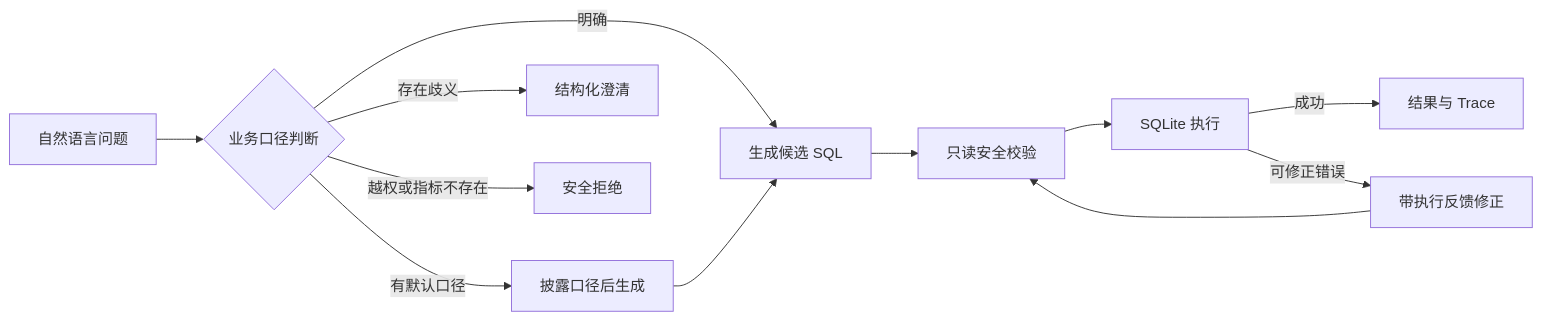
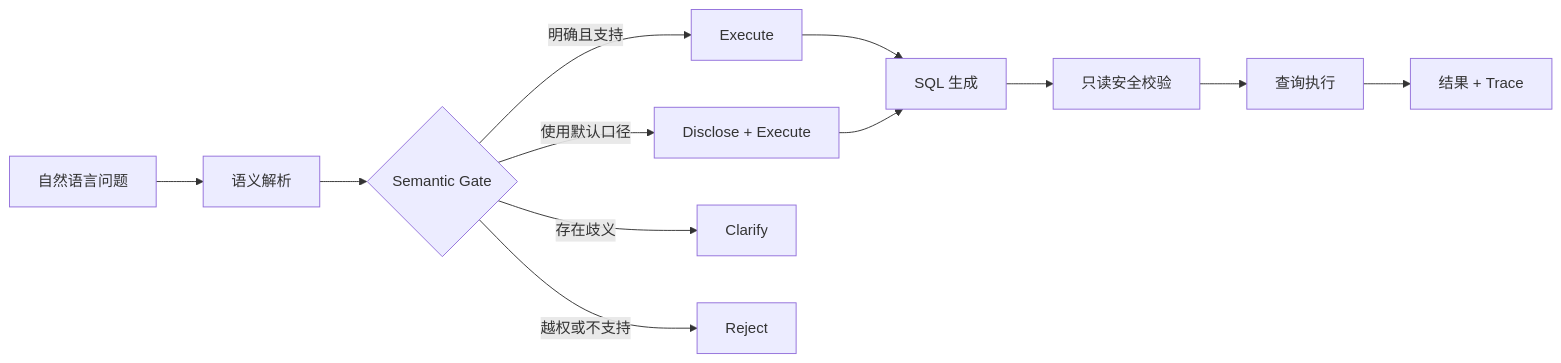
One commit to hzdzx2003-ai/DataQuery-Agent changed the diagram in README.md. Above: the diagram before and after it, drawn with Mermaid. The commit also changed other lines of this file and 1 other file, not shown here.

````diff
--- a/README.md
+++ b/README.md
@@ -11,14 +23,14 @@
 ```mermaid
 flowchart LR
-    Q[自然语言问题] --> R{业务口径判断}
-    R -->|明确| G[生成候选 SQL]
-    R -->|有默认口径| D[披露口径后生成]
-    R -->|存在歧义| C[结构化澄清]
-    R -->|越权或指标不存在| X[安全拒绝]
-    D --> G
-    G --> V[只读安全校验]
-    V --> E[SQLite 执行]
-    E -->|成功| A[结果与 Trace]
-    E -->|可修正错误| F[带执行反馈修正]
-    F --> V
+    Q[自然语言问题] --> S[语义解析]
+    S --> G{Semantic Gate}
+    G -->|明确且支持| E[Execute]
+    G -->|使用默认口径| D[Disclose + Execute]
+    G -->|存在歧义| C[Clarify]
+    G -->|越权或不支持| R[Reject]
+    E --> P[SQL 生成]
+    D --> P
+    P --> V[只读安全校验]
+    V --> X[查询执行]
+    X --> T[结果 + Trace]
 ```
````
